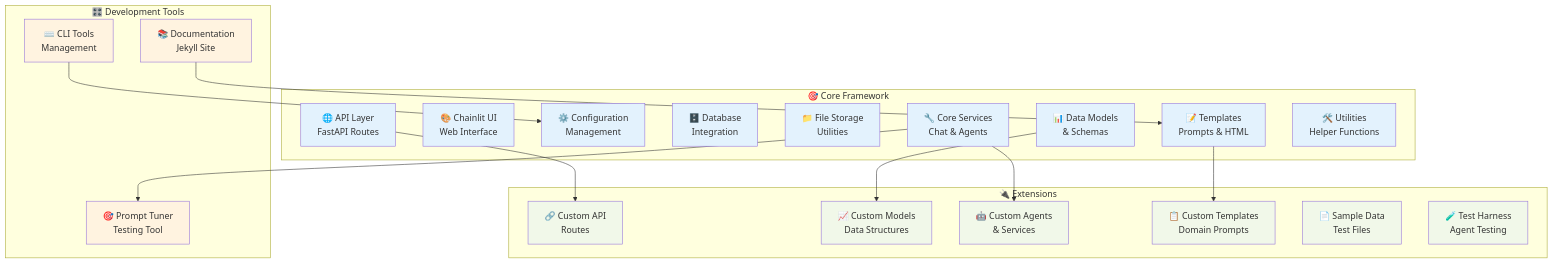
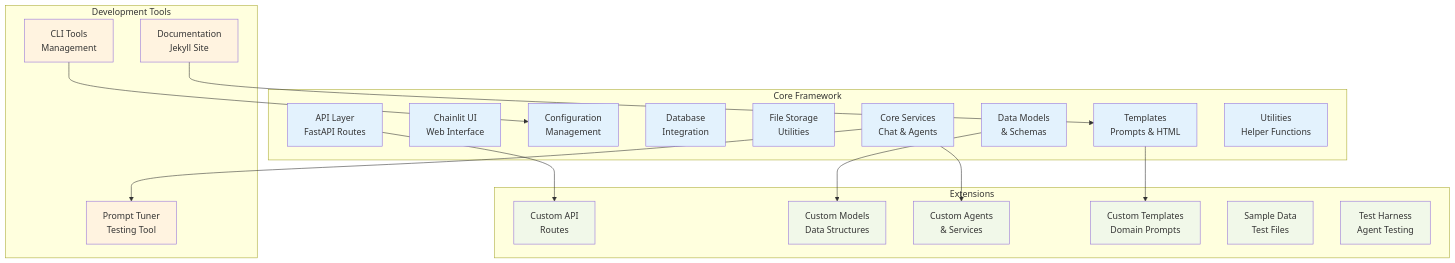
The second of 11 diagrams in docs/development/README.md (the-ingenious-dark-knight/Insight_Ingenious), drawn with Mermaid before and after one commit. The commit also changed other lines of this file and 13 other files, not shown here.

````diff
--- a/docs/development/README.md
+++ b/docs/development/README.md
@@ -68,46 +68,46 @@
 ```mermaid
 graph TB
-    subgraph "🎯 Core Framework"
-        API[🌐 API Layer<br/>FastAPI Routes]
-        CHAINLIT[🎨 Chainlit UI<br/>Web Interface]
-        CONFIG[⚙️ Configuration<br/>Management]
-        DB[🗄️ Database<br/>Integration]
-        FILES[📁 File Storage<br/>Utilities]
-        MODELS[📊 Data Models<br/>& Schemas]
-        SERVICES[🔧 Core Services<br/>Chat & Agents]
-        TEMPLATES[📝 Templates<br/>Prompts & HTML]
-        UTILS[🛠️ Utilities<br/>Helper Functions]
+    subgraph "Core Framework"
+        API[API Layer<br/>FastAPI Routes]
+        CHAINLIT[Chainlit UI<br/>Web Interface]
+        CONFIG[Configuration<br/>Management]
+        DB[Database<br/>Integration]
+        FILES[File Storage<br/>Utilities]
+        MODELS[Data Models<br/>& Schemas]
+        SERVICES[Core Services<br/>Chat & Agents]
+        TEMPLATES[Templates<br/>Prompts & HTML]
+        UTILS[Utilities<br/>Helper Functions]
     end
     
-    subgraph "🔌 Extensions"
-        EXT_API[🔗 Custom API<br/>Routes]
-        EXT_MODELS[📈 Custom Models<br/>Data Structures]
-        EXT_SERVICES[🤖 Custom Agents<br/>& Services]
-        EXT_TEMPLATES[📋 Custom Templates<br/>Domain Prompts]
-        SAMPLE_DATA[📄 Sample Data<br/>Test Files]
-        TESTS[🧪 Test Harness<br/>Agent Testing]
+    subgraph "Extensions"
+        EXT_API[Custom API<br/>Routes]
+        EXT_MODELS[Custom Models<br/>Data Structures]
+        EXT_SERVICES[Custom Agents<br/>& Services]
+        EXT_TEMPLATES[Custom Templates<br/>Domain Prompts]
+        SAMPLE_DATA[Sample Data<br/>Test Files]
+        TESTS[Test Harness<br/>Agent Testing]
     end
     
-    subgraph "🎛️ Development Tools"
-        PROMPT_TUNER[🎯 Prompt Tuner<br/>Testing Tool]
-        CLI[⌨️ CLI Tools<br/>Management]
-        DOCS[📚 Documentation<br/>Jekyll Site]
+    subgraph "Development Tools"
+        PROMPT_TUNER[Prompt Tuner<br/>Testing Tool]
+        CLI[CLI Tools<br/>Management]
+        DOCS[Documentation<br/>Jekyll Site]
     end
     
     API --> EXT_API
     MODELS --> EXT_MODELS
     SERVICES --> EXT_SERVICES
     TEMPLATES --> EXT_TEMPLATES
     
     SERVICES --> PROMPT_TUNER
     CLI --> CONFIG
     DOCS --> TEMPLATES
     
     classDef core fill:#e3f2fd
     classDef extensions fill:#f1f8e9
     classDef tools fill:#fff3e0
     
     class API,CHAINLIT,CONFIG,DB,FILES,MODELS,SERVICES,TEMPLATES,UTILS core
     class EXT_API,EXT_MODELS,EXT_SERVICES,EXT_TEMPLATES,SAMPLE_DATA,TESTS extensions
     class PROMPT_TUNER,CLI,DOCS tools
 ```
````
